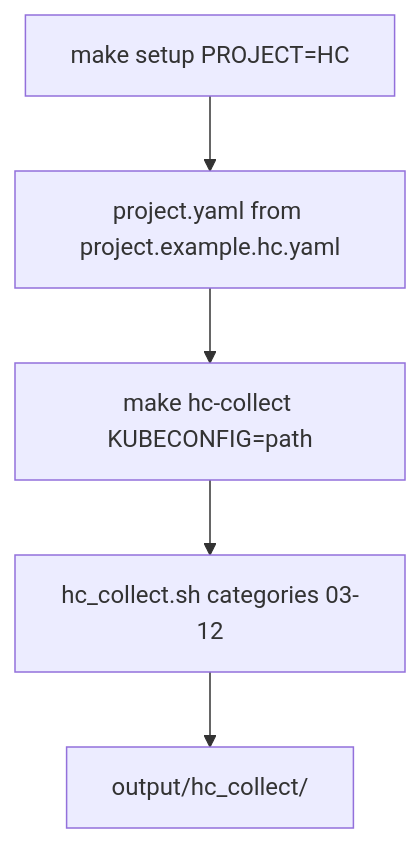
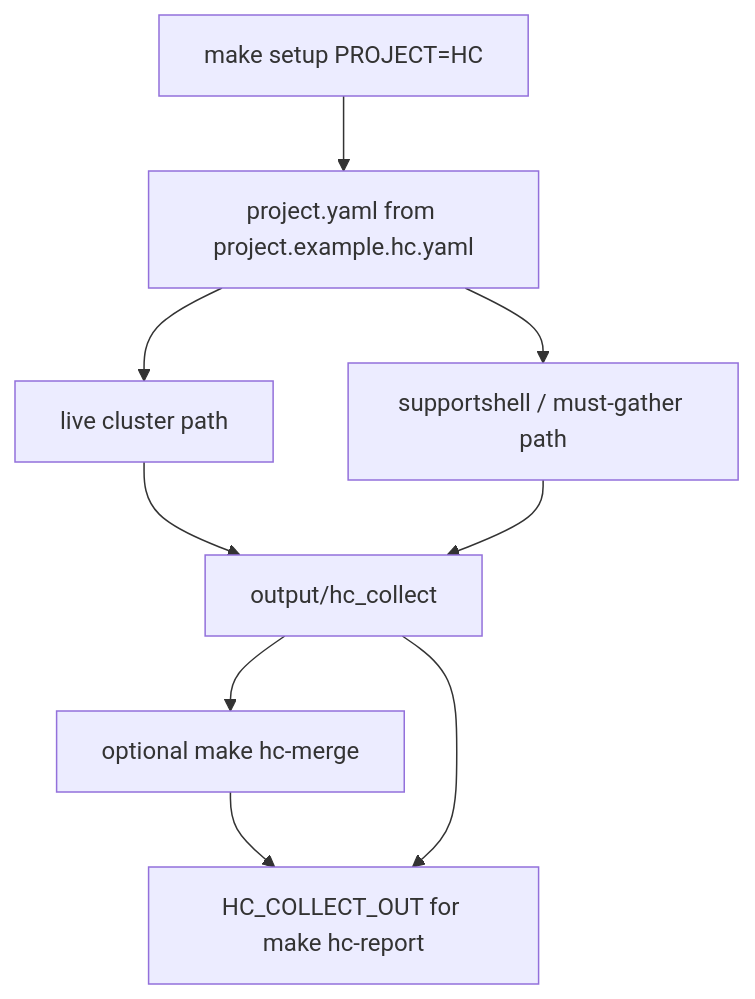
The sixth of 10 diagrams in docs/CODEFLOW.md (stratus-ss/arch-design-doc-generator), drawn with Mermaid before and after one commit. The commit also changed other lines of this file and 13 other files, not shown here.

First line of the commit message:
docs: align Health Check code flow with collect 03–12 and the report engine

````diff
--- a/docs/CODEFLOW.md
+++ b/docs/CODEFLOW.md
@@ -168,7 +174,11 @@
 ```mermaid
 flowchart TD
-    SetupHC[make setup PROJECT=HC] --> ProjectYaml[project.yaml from project.example.hc.yaml]
-    ProjectYaml --> Collect[make hc-collect KUBECONFIG=path]
-    Collect --> HcCollectSh[hc_collect.sh categories 03-12]
-    HcCollectSh --> Output[output/hc_collect/]
+    SetupHC["make setup PROJECT=HC"] --> ProjectYaml["project.yaml from project.example.hc.yaml"]
+    ProjectYaml --> Live["live cluster path"]
+    ProjectYaml --> Support["supportshell / must-gather path"]
+    Live --> CollectOut["output/hc_collect"]
+    Support --> CollectOut
+    CollectOut --> OptionalMerge["optional make hc-merge"]
+    OptionalMerge --> ReportIn["HC_COLLECT_OUT for make hc-report"]
+    CollectOut --> ReportIn
 ```
````
